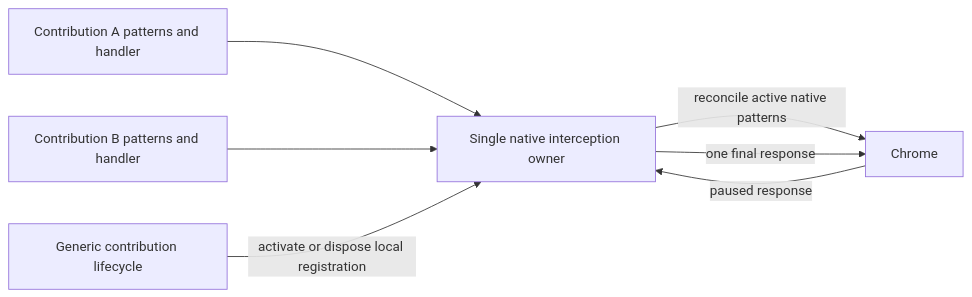
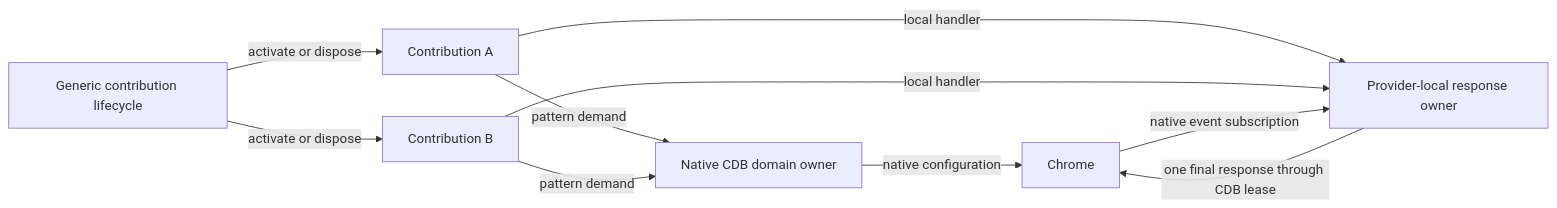
One commit to dvcol/devkit-extension changed the third of 3 diagrams in docs/planning/011-interception-ownership.md. Above: the diagram before and after it, drawn with Mermaid. The commit also changed other lines of this file, not shown here.

Commit message:
docs(transforms): separate native configuration from local handlers (#11)

````diff
--- a/docs/planning/011-interception-ownership.md
+++ b/docs/planning/011-interception-ownership.md
@@ -91,9 +91,12 @@
 ```mermaid
 flowchart LR
-  One[Contribution A patterns and handler] --> Owner[Single native interception owner]
-  Two[Contribution B patterns and handler] --> Owner
-  Owner -->|reconcile active native patterns| Chrome[Chrome]
-  Chrome -->|paused response| Owner
-  Owner -->|one final response| Chrome
-  Portable[Generic contribution lifecycle] -->|activate or dispose local registration| Owner
+  One[Contribution A] -->|pattern demand| CDB[Native CDB domain owner]
+  Two[Contribution B] -->|pattern demand| CDB
+  One -->|local handler| Responses[Provider-local response owner]
+  Two -->|local handler| Responses
+  CDB -->|native configuration| Chrome[Chrome]
+  Chrome -->|native event subscription| Responses
+  Responses -->|one final response through CDB lease| Chrome
+  Portable[Generic contribution lifecycle] -->|activate or dispose| One
+  Portable -->|activate or dispose| Two
 ```
````
